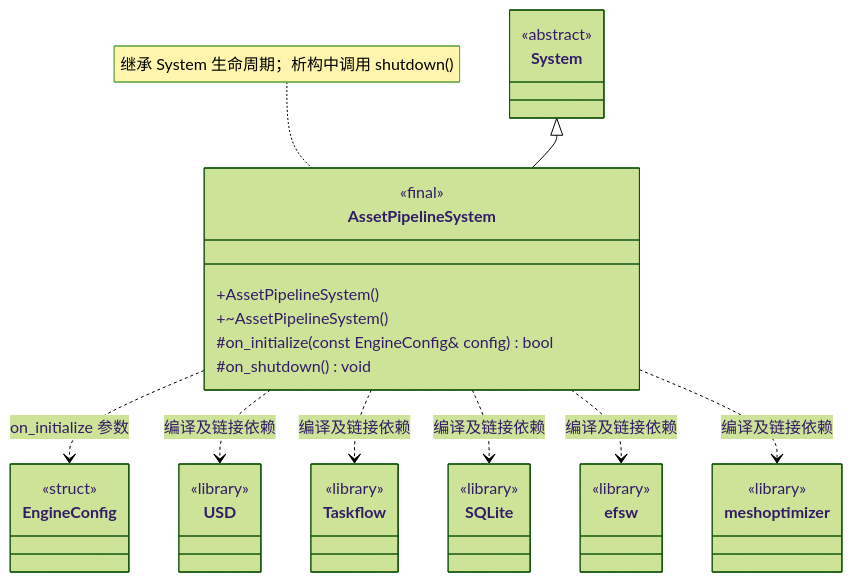
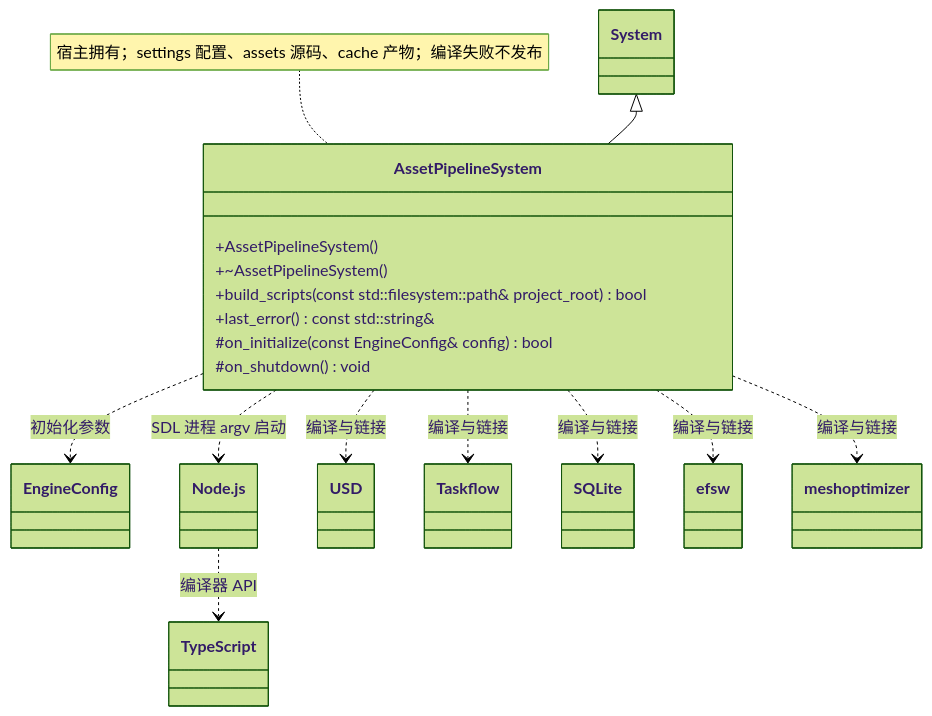
Before and after one commit to lcals/Engine: the diagram in docs/class-diagrams/asset-pipeline-system.md, drawn with Mermaid (forest theme). The commit also changed other lines of this file and 53 other files, not shown here.

````diff
--- a/docs/class-diagrams/asset-pipeline-system.md
+++ b/docs/class-diagrams/asset-pipeline-system.md
@@ -7,40 +7,31 @@
 ```mermaid
 classDiagram
     direction TB
     class AssetPipelineSystem {
-        <<final>>
         +AssetPipelineSystem()
         +~AssetPipelineSystem()
+        +build_scripts(const std::filesystem::path& project_root) bool
+        +last_error() const std::string&
         #on_initialize(const EngineConfig& config) bool
         #on_shutdown() void
     }
-    class System {
-        <<abstract>>
-    }
-    class EngineConfig {
-        <<struct>>
-    }
-    class USD["USD"] {
-        <<library>>
-    }
-    class Taskflow["Taskflow"] {
-        <<library>>
-    }
-    class SQLite["SQLite"] {
-        <<library>>
-    }
-    class efsw["efsw"] {
-        <<library>>
-    }
-    class meshoptimizer["meshoptimizer"] {
-        <<library>>
-    }
+    class System
+    class EngineConfig
+    class NodeJs["Node.js"]
+    class TypeScript
+    class USD
+    class Taskflow
+    class SQLite
+    class efsw
+    class meshoptimizer
     System <|-- AssetPipelineSystem
-    AssetPipelineSystem ..> EngineConfig : on_initialize 参数
-    AssetPipelineSystem ..> USD : 编译及链接依赖
-    AssetPipelineSystem ..> Taskflow : 编译及链接依赖
-    AssetPipelineSystem ..> SQLite : 编译及链接依赖
-    AssetPipelineSystem ..> efsw : 编译及链接依赖
-    AssetPipelineSystem ..> meshoptimizer : 编译及链接依赖
-    note for AssetPipelineSystem "继承 System 生命周期；析构中调用 shutdown()"
+    AssetPipelineSystem ..> EngineConfig : 初始化参数
+    AssetPipelineSystem ..> NodeJs : SDL 进程 argv 启动
+    NodeJs ..> TypeScript : 编译器 API
+    AssetPipelineSystem ..> USD : 编译与链接
+    AssetPipelineSystem ..> Taskflow : 编译与链接
+    AssetPipelineSystem ..> SQLite : 编译与链接
+    AssetPipelineSystem ..> efsw : 编译与链接
+    AssetPipelineSystem ..> meshoptimizer : 编译与链接
+    note for AssetPipelineSystem "宿主拥有；settings 配置、assets 源码、cache 产物；编译失败不发布"
 ```
````
